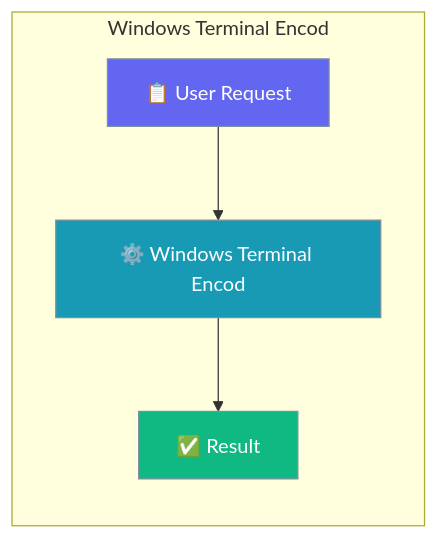
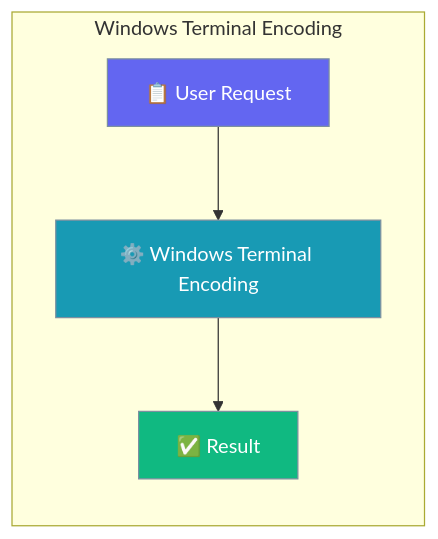
Before and after one commit to MervinPraison/PraisonAIDocs: the first of 4 diagrams in docs/features/windows-terminal-encoding.mdx, drawn with Mermaid. The commit also changed 45 other files, not shown here.

First line of the commit message:
docs: fix truncated Mermaid diagram feature names (22-char cutoff)

````diff
--- a/docs/features/windows-terminal-encoding.mdx
+++ b/docs/features/windows-terminal-encoding.mdx
@@ -11,15 +11,15 @@
 ```mermaid
 graph LR
-    subgraph "Windows Terminal Encod"
-        Request[📋 User Request] --> Process[⚙️ Windows Terminal Encod]
+    subgraph "Windows Terminal Encoding"
+        Request[📋 User Request] --> Process[⚙️ Windows Terminal Encoding]
         Process --> Result[✅ Result]
     end
 
     classDef input fill:#6366F1,stroke:#7C90A0,color:#fff
     classDef process fill:#189AB4,stroke:#7C90A0,color:#fff
     classDef output fill:#10B981,stroke:#7C90A0,color:#fff
 
     class Request input
     class Process process
     class Result output
 ```
````
